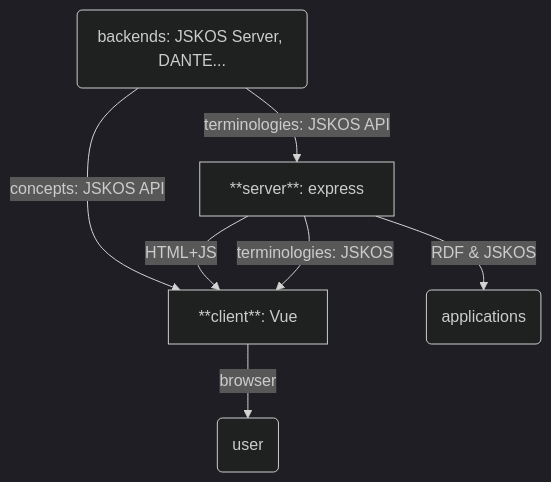
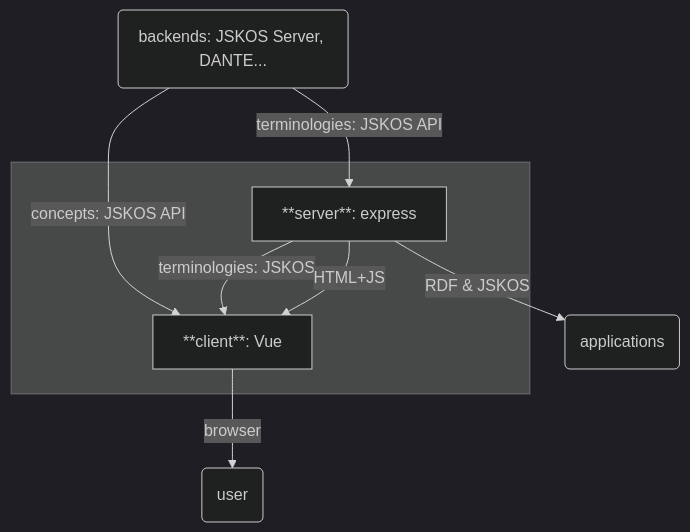
Before and after one commit to gbv/jskos-proxy: the diagram in README.md, drawn with Mermaid (dark theme). The commit also changed other lines of this file, not shown here.

Commit message:
README: update diagram

```diff
--- a/README.md
+++ b/README.md
@@ -103,12 +103,14 @@
 ~~~mermaid
 graph TD
     server[**server**: express]
     client[**client**: Vue]
     backends(backends: JSKOS Server, DANTE...)
     backends -- terminologies: JSKOS API --> server
-    backends -- concepts: JSKOS API --> client   
-    server -- HTML+JS --> client
+    backends -- concepts: JSKOS API --> client       
     server -- terminologies: JSKOS --> client
     server -- RDF & JSKOS --> applications(applications)
     client -- browser --> user(user)
+    subgraph app [ ]
+        server -- HTML+JS --> client
+    end
 ~~~
```
